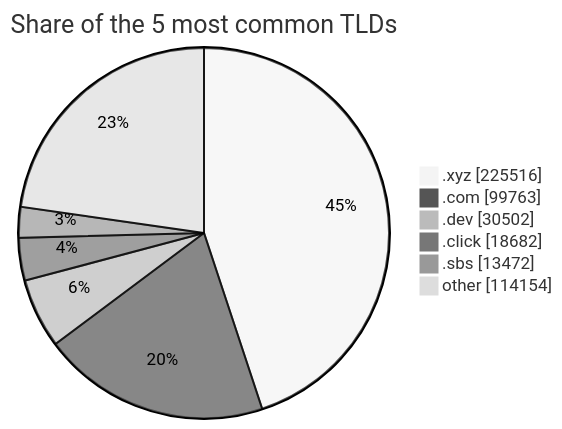
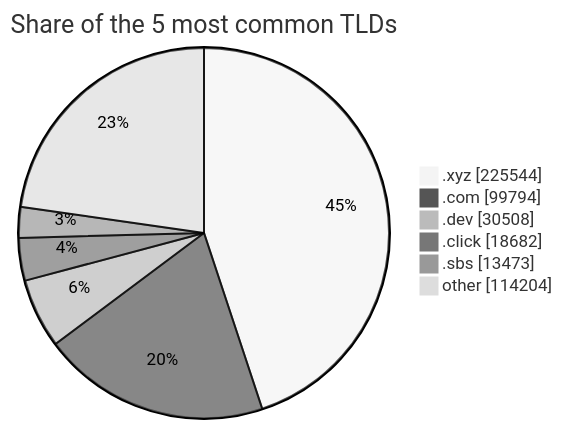
The third of 3 diagrams in README.md (DNSBunker/CTI), drawn with Mermaid (neutral theme) before and after one commit. The commit also changed other lines of this file and 3 other files, not shown here.

````diff
--- a/README.md
+++ b/README.md
@@ -81,9 +81,9 @@
 ```mermaid
 pie showData title Share of the 5 most common TLDs
-    ".xyz" : 225516
-    ".com" : 99763
-    ".dev" : 30502
+    ".xyz" : 225544
+    ".com" : 99794
+    ".dev" : 30508
     ".click" : 18682
-    ".sbs" : 13472
-    "other" : 114154
+    ".sbs" : 13473
+    "other" : 114204
 ```
````
